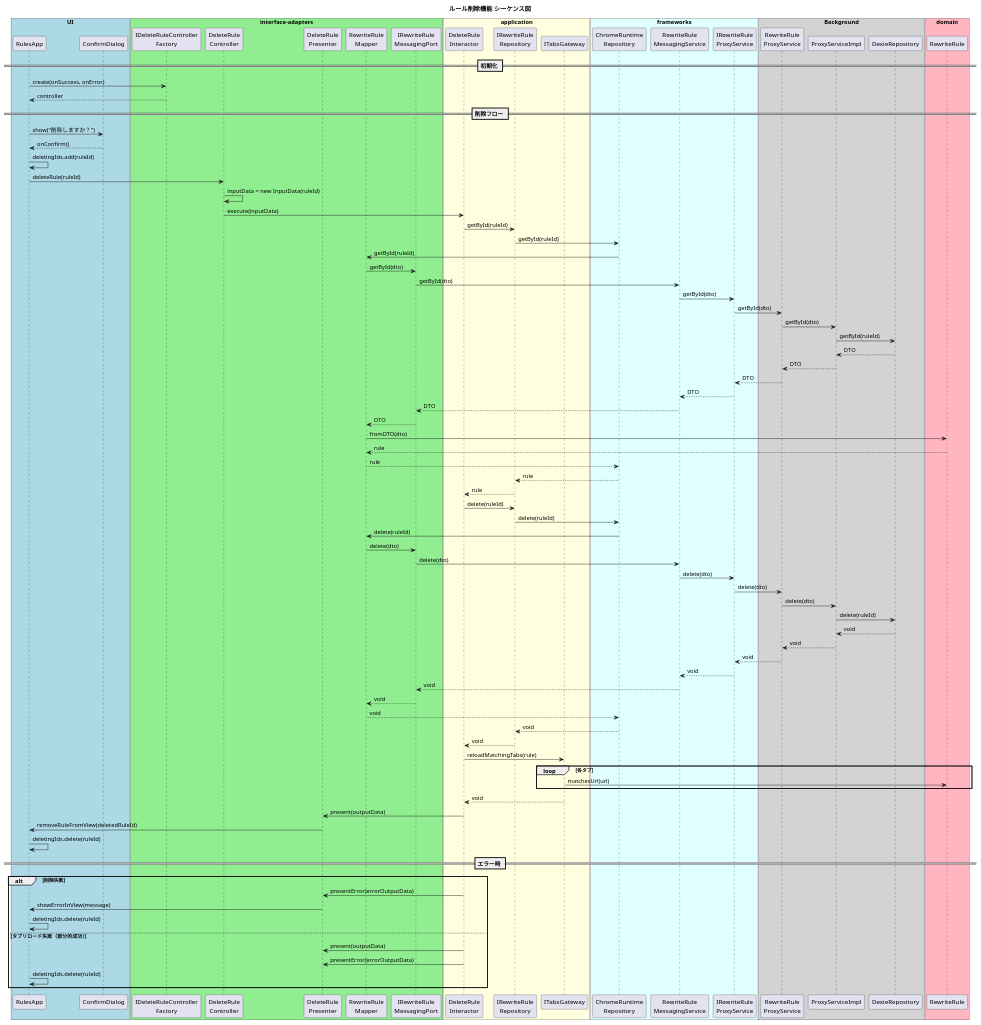
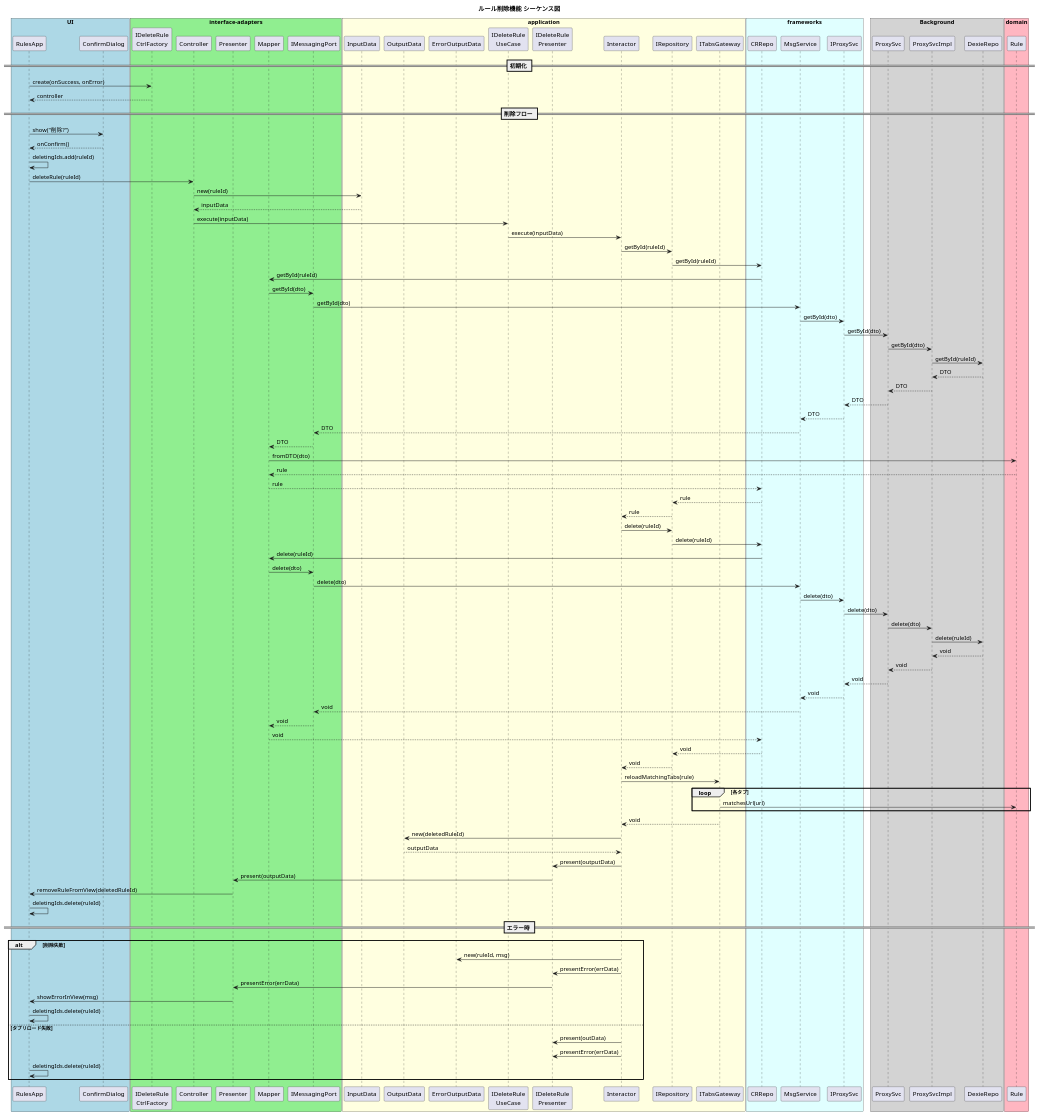
Before and after one commit to akAredminEogre/frog-frame-front: the diagram in docs/design/pages/rule-list/features/delete-rule/02-sequence.puml, drawn with PlantUML.

Commit message:
docs: シーケンス図にDTO/Interface participantを追加
- InputData, OutputData, ErrorOutputDataをparticipantとして定義
- IDeleteRuleUseCase, IDeleteRulePresenterをparticipantとして定義
- インターフェース経由の呼び出しフローを明示
- 4096文字以内に収めるためparticipant名を短縮

```diff
--- a/docs/design/pages/rule-list/features/delete-rule/02-sequence.puml
+++ b/docs/design/pages/rule-list/features/delete-rule/02-sequence.puml
@@ -1,117 +1,129 @@
 @startuml DeleteRule
 
 title ルール削除機能 シーケンス図
 
 box "UI" #LightBlue
   participant "RulesApp" as View
   participant "ConfirmDialog" as Dialog
 end box
 
 box "interface-adapters" #LightGreen
-  participant "IDeleteRuleController\nFactory" as IFactory
-  participant "DeleteRule\nController" as Controller
-  participant "DeleteRule\nPresenter" as Presenter
-  participant "RewriteRule\nMapper" as Mapper
-  participant "IRewriteRule\nMessagingPort" as IMessagingPort
+  participant "IDeleteRule\nCtrlFactory" as IFactory
+  participant "Controller" as Controller
+  participant "Presenter" as Presenter
+  participant "Mapper" as Mapper
+  participant "IMessagingPort" as IMessagingPort
 end box
 
 box "application" #LightYellow
-  participant "DeleteRule\nInteractor" as Interactor
-  participant "IRewriteRule\nRepository" as IRepository
+  participant "InputData" as InputData
+  participant "OutputData" as OutputData
+  participant "ErrorOutputData" as ErrorOutputData
+  participant "IDeleteRule\nUseCase" as IUseCase
+  participant "IDeleteRule\nPresenter" as IPresenter
+  participant "Interactor" as Interactor
+  participant "IRepository" as IRepository
   participant "ITabsGateway" as ITabsGateway
 end box
 
 box "frameworks" #LightCyan
-  participant "ChromeRuntime\nRepository" as MessagingRepo
-  participant "RewriteRule\nMessagingService" as MessagingService
-  participant "IRewriteRule\nProxyService" as IProxyService
+  participant "CRRepo" as MessagingRepo
+  participant "MsgService" as MessagingService
+  participant "IProxySvc" as IProxyService
 end box
 
 box "Background" #LightGray
-  participant "RewriteRule\nProxyService" as ProxyService
-  participant "ProxyServiceImpl" as ProxyServiceImpl
-  participant "DexieRepository" as DexieRepo
+  participant "ProxySvc" as ProxyService
+  participant "ProxySvcImpl" as ProxyServiceImpl
+  participant "DexieRepo" as DexieRepo
 end box
 
 box "domain" #LightPink
-  participant "RewriteRule" as Entity
+  participant "Rule" as Entity
 end box
 
 == 初期化 ==
 
 View -> IFactory : create(onSuccess, onError)
 IFactory --> View : controller
 
 == 削除フロー ==
 
-View -> Dialog : show("削除しますか？")
+View -> Dialog : show("削除?")
 Dialog --> View : onConfirm()
 View -> View : deletingIds.add(ruleId)
 
 View -> Controller : deleteRule(ruleId)
-Controller -> Controller : inputData = new InputData(ruleId)
-Controller -> Interactor : execute(inputData)
+Controller -> InputData : new(ruleId)
+InputData --> Controller : inputData
+Controller -> IUseCase : execute(inputData)
+IUseCase -> Interactor : execute(inputData)
 
 Interactor -> IRepository : getById(ruleId)
 IRepository -> MessagingRepo : getById(ruleId)
 MessagingRepo -> Mapper : getById(ruleId)
 Mapper -> IMessagingPort : getById(dto)
 IMessagingPort -> MessagingService : getById(dto)
 MessagingService -> IProxyService : getById(dto)
 IProxyService -> ProxyService : getById(dto)
 ProxyService -> ProxyServiceImpl : getById(dto)
 ProxyServiceImpl -> DexieRepo : getById(ruleId)
 DexieRepo --> ProxyServiceImpl : DTO
 ProxyServiceImpl --> ProxyService : DTO
 ProxyService --> IProxyService : DTO
 IProxyService --> MessagingService : DTO
 MessagingService --> IMessagingPort : DTO
 IMessagingPort --> Mapper : DTO
 Mapper -> Entity : fromDTO(dto)
 Entity --> Mapper : rule
 Mapper --> MessagingRepo : rule
 MessagingRepo --> IRepository : rule
 IRepository --> Interactor : rule
 
 Interactor -> IRepository : delete(ruleId)
 IRepository -> MessagingRepo : delete(ruleId)
 MessagingRepo -> Mapper : delete(ruleId)
 Mapper -> IMessagingPort : delete(dto)
 IMessagingPort -> MessagingService : delete(dto)
 MessagingService -> IProxyService : delete(dto)
 IProxyService -> ProxyService : delete(dto)
 ProxyService -> ProxyServiceImpl : delete(dto)
 ProxyServiceImpl -> DexieRepo : delete(ruleId)
 DexieRepo --> ProxyServiceImpl : void
 ProxyServiceImpl --> ProxyService : void
 ProxyService --> IProxyService : void
 IProxyService --> MessagingService : void
 MessagingService --> IMessagingPort : void
 IMessagingPort --> Mapper : void
 Mapper --> MessagingRepo : void
 MessagingRepo --> IRepository : void
 IRepository --> Interactor : void
 
 Interactor -> ITabsGateway : reloadMatchingTabs(rule)
 loop 各タブ
   ITabsGateway -> Entity : matchesUrl(url)
 end
 ITabsGateway --> Interactor : void
 
-Interactor -> Presenter : present(outputData)
+Interactor -> OutputData : new(deletedRuleId)
+OutputData --> Interactor : outputData
+Interactor -> IPresenter : present(outputData)
+IPresenter -> Presenter : present(outputData)
 Presenter -> View : removeRuleFromView(deletedRuleId)
 View -> View : deletingIds.delete(ruleId)
 
 == エラー時 ==
 
 alt 削除失敗
-  Interactor -> Presenter : presentError(errorOutputData)
-  Presenter -> View : showErrorInView(message)
+  Interactor -> ErrorOutputData : new(ruleId, msg)
+  Interactor -> IPresenter : presentError(errData)
+  IPresenter -> Presenter : presentError(errData)
+  Presenter -> View : showErrorInView(msg)
   View -> View : deletingIds.delete(ruleId)
-else タブリロード失敗（部分的成功）
-  Interactor -> Presenter : present(outputData)
-  Interactor -> Presenter : presentError(errorOutputData)
+else タブリロード失敗
+  Interactor -> IPresenter : present(outData)
+  Interactor -> IPresenter : presentError(errData)
   View -> View : deletingIds.delete(ruleId)
 end
 
 @enduml
```
